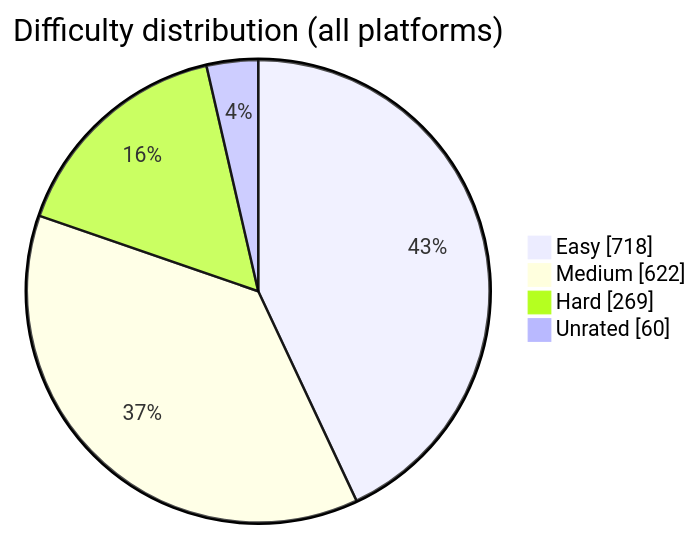
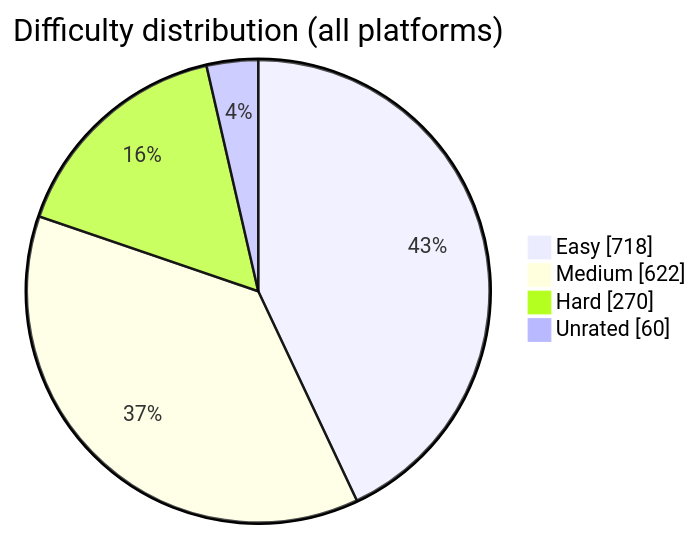
Before and after one commit to BuildbyArindam/Daily-Coding-Log: the diagram in README.md, drawn with Mermaid. The commit also changed other lines of this file, not shown here.

````diff
--- a/README.md
+++ b/README.md
@@ -93,7 +93,7 @@
 ```mermaid
 pie showData title Difficulty distribution (all platforms)
     "Easy" : 718
     "Medium" : 622
-    "Hard" : 269
+    "Hard" : 270
     "Unrated" : 60
 ```
````
